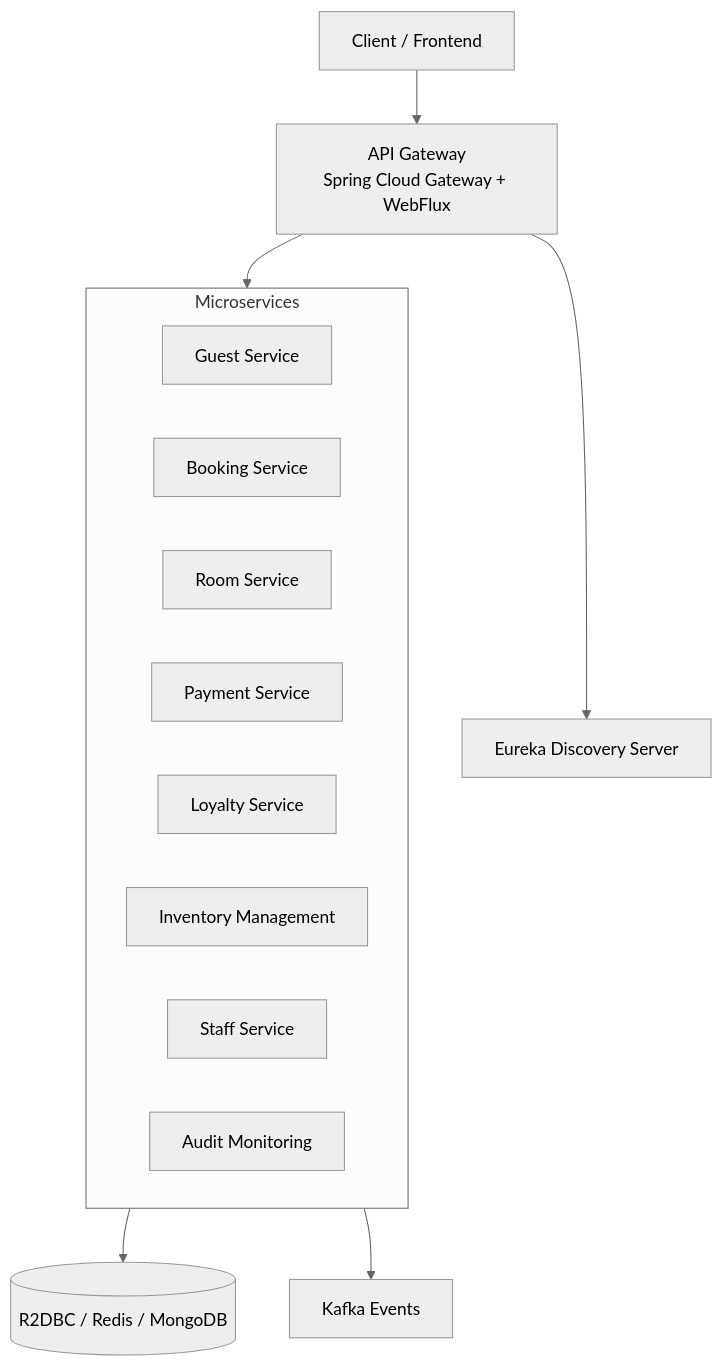
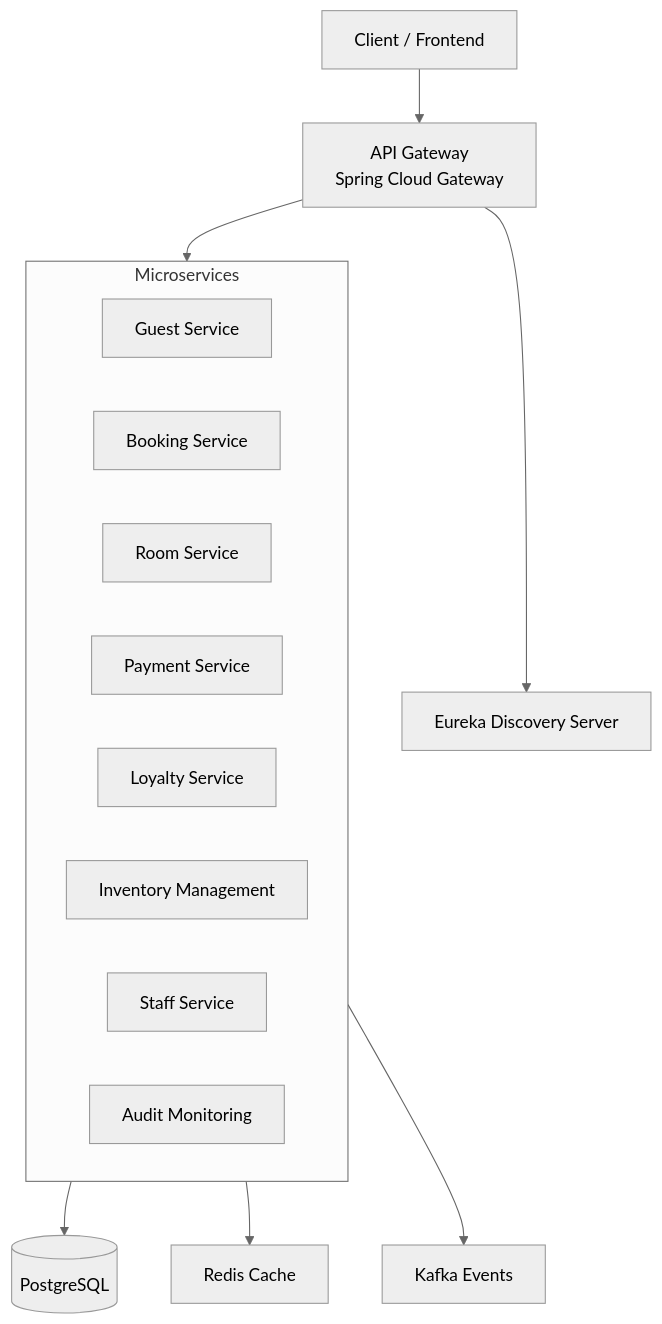
One commit to VicheaStack/Agoda-Microservice changed the diagram in README.md. Above: the diagram before and after it, drawn with Mermaid (neutral theme). The commit also changed other lines of this file, not shown here.

````diff
--- a/README.md
+++ b/README.md
@@ -14,20 +11,21 @@
 ```mermaid
 flowchart TD
-    Client[Client / Frontend] --> Gateway[API Gateway<br/>Spring Cloud Gateway + WebFlux]
+    Client[Client / Frontend] --> Gateway[API Gateway<br/>Spring Cloud Gateway]
     Gateway --> Discovery[Eureka Discovery Server]
     
     subgraph Microservices
         Guest[Guest Service]
         Booking[Booking Service]
         Room[Room Service]
         Payment[Payment Service]
         Loyalty[Loyalty Service]
         Inventory[Inventory Management]
         Staff[Staff Service]
         Audit[Audit Monitoring]
     end
     
     Gateway --> Microservices
-    Microservices --> Databases[(R2DBC / Redis / MongoDB)]
+    Microservices --> PostgreSQL[(PostgreSQL)]
+    Microservices --> Redis[Redis Cache]
     Microservices --> Kafka[Kafka Events]
 ```
````
